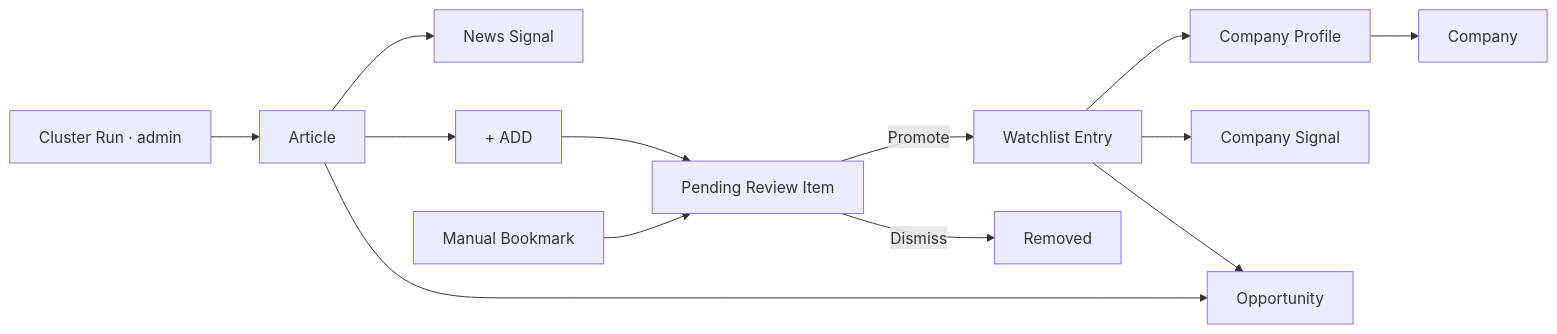
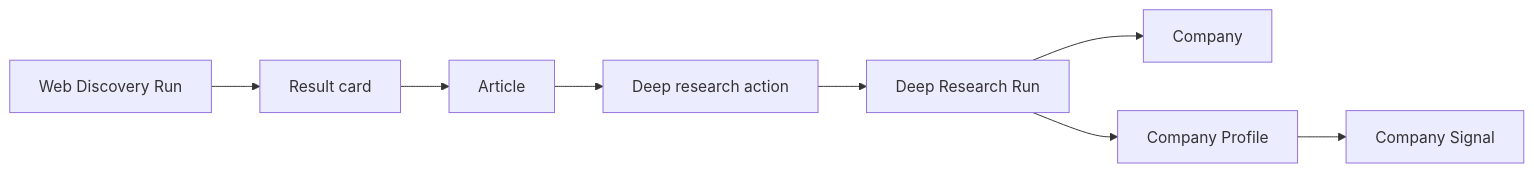
One commit to Growth-Maschine/NORAD-INTEL-ENGINE-V1 changed the diagram in docs/phase-1/P1-02-user.md. Above: the diagram before and after it, drawn with Mermaid. The commit also changed other lines of this file and 12 other files, not shown here.

Commit message:
docs(phase-1): align P1-00 through P1-06 with current single-app build Update workflows, objects, fields, screens, and backend actions to match Web Discovery enrich, Deep research, and retired Today page features.

````diff
--- a/docs/phase-1/P1-02-user.md
+++ b/docs/phase-1/P1-02-user.md
@@ -270,15 +226,10 @@
 ```mermaid
 flowchart LR
-    RUN[Cluster Run · admin] --> ART[Article]
-    ART --> NS[News Signal]
-    ART --> ADD[+ ADD]
-    ADD --> PR[Pending Review Item]
-    MB[Manual Bookmark] --> PR
-    PR -->|Promote| WL[Watchlist Entry]
-    PR -->|Dismiss| X[Removed]
-    WL --> CP[Company Profile]
-    WL --> CS[Company Signal]
-    ART --> OPP[Opportunity]
-    WL --> OPP
-    CP --> CO[Company]
+    RUN[Web Discovery Run] --> CARD[Result card]
+    CARD --> ART[Article]
+    ART --> DR[Deep research action]
+    DR --> DRR[Deep Research Run]
+    DRR --> CO[Company]
+    DRR --> CP[Company Profile]
+    CP --> CS[Company Signal]
 ```
````
